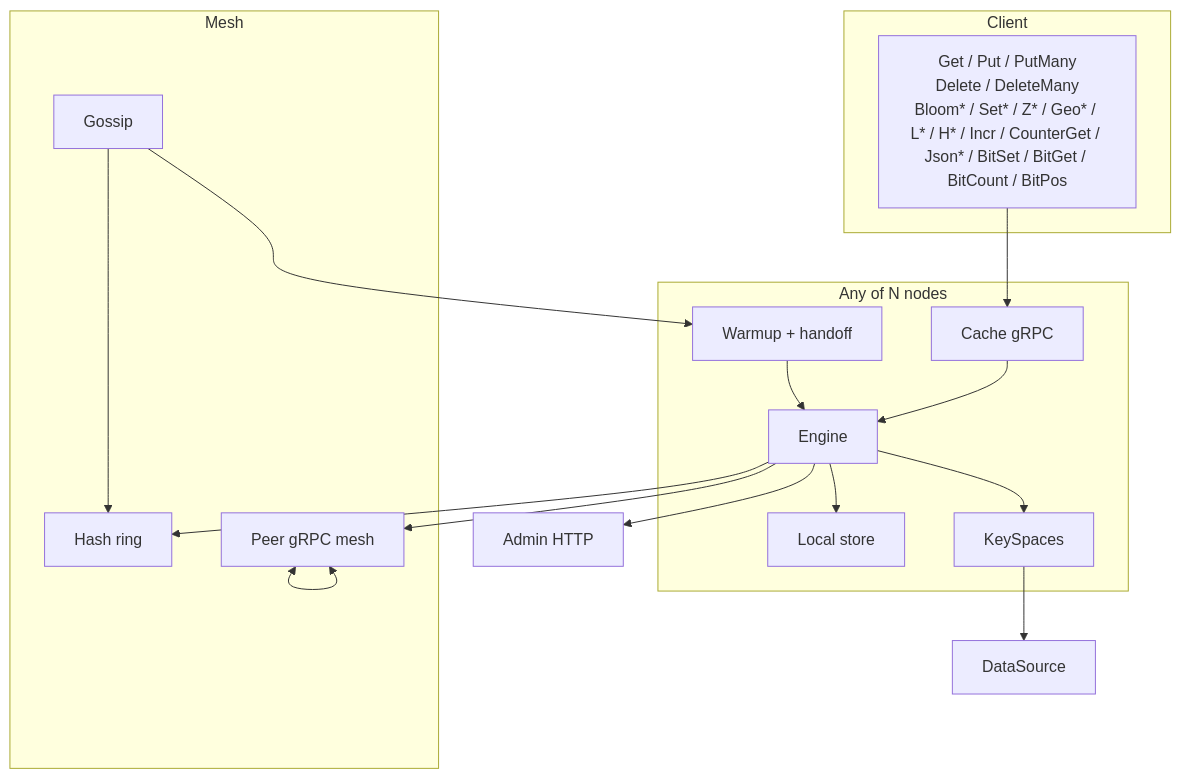
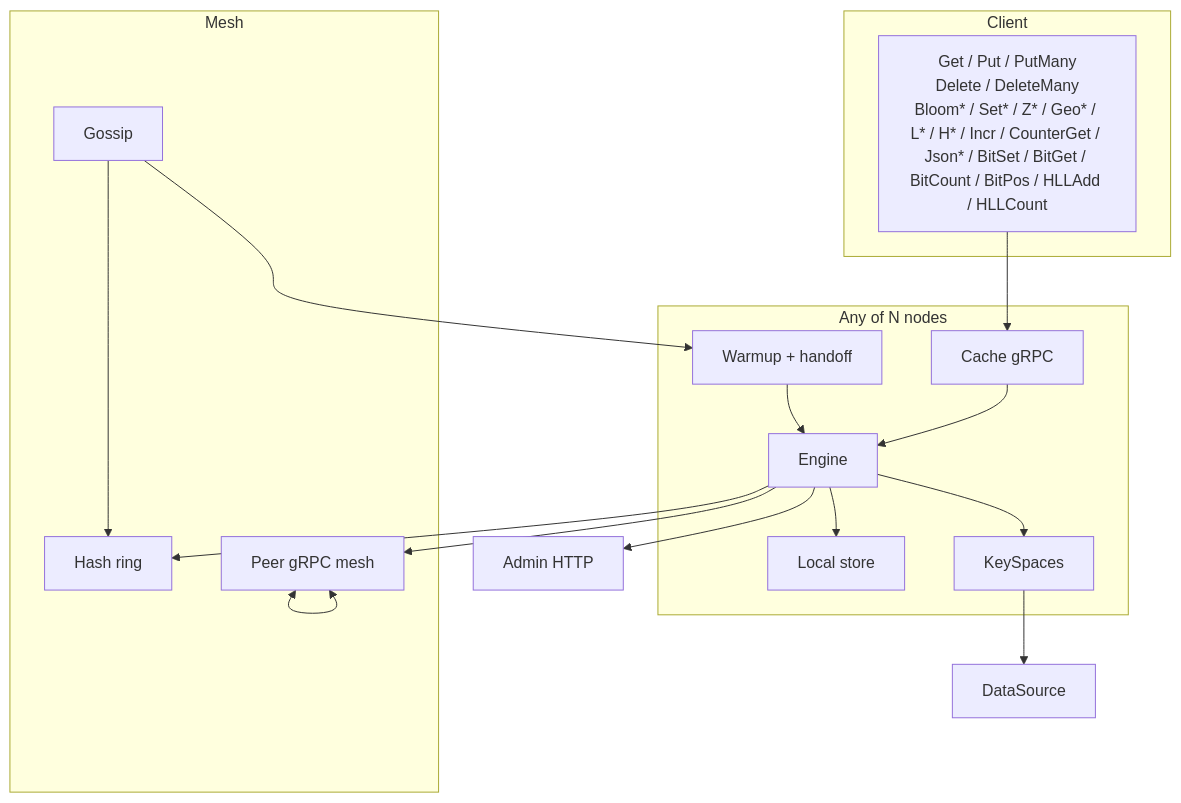
One commit to Code0987/supercache changed diagram 16 of 18 in docs/CLUSTER_FLOWS.md. Above: the diagram before and after it, drawn with Mermaid. The commit also changed other lines of this file and 39 other files, not shown here.

````diff
--- a/docs/CLUSTER_FLOWS.md
+++ b/docs/CLUSTER_FLOWS.md
@@ -348,34 +349,34 @@
 ```mermaid
 flowchart TB
   subgraph Client
-    OPS["Get / Put / PutMany<br/>Delete / DeleteMany<br/>Bloom* / Set* / Z* / Geo* / L* / H* / Incr / CounterGet / Json* / BitSet / BitGet / BitCount / BitPos"]
+    OPS["Get / Put / PutMany<br/>Delete / DeleteMany<br/>Bloom* / Set* / Z* / Geo* / L* / H* / Incr / CounterGet / Json* / BitSet / BitGet / BitCount / BitPos / HLLAdd / HLLCount"]
   end
 
   subgraph Node["Any of N nodes"]
     CG["Cache gRPC"]
     EN["Engine"]
     ST["Local store"]
     KS["KeySpaces"]
     WM["Warmup + handoff"]
   end
 
   subgraph Mesh
     RING["Hash ring"]
     PG["Peer gRPC mesh"]
     GOS["Gossip"]
   end
 
   DS["DataSource"]
   ADM["Admin HTTP"]
 
   OPS --> CG --> EN
   EN --> ST
   EN --> KS
   EN --> RING
   EN --> PG
   KS --> DS
   GOS --> RING
   GOS --> WM --> EN
   EN --> ADM
   PG <--> PG
 ```
````
